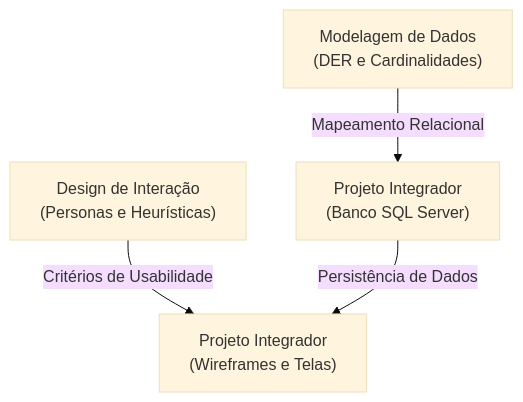
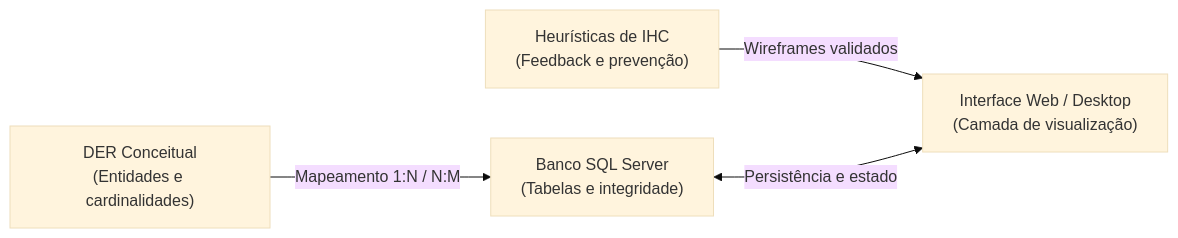
The third of 3 diagrams in 00. Geral/Mapa de aprendizagem do semestre.md (leorruas/puc), drawn with Mermaid (base theme) before and after one commit. The commit also changed other lines of this file and 6 other files, not shown here.

Commit message:
refactor: reformular estrategia visual de diagramas Mermaid e adicionar explorador interativo no app

````diff
--- a/00. Geral/Mapa de aprendizagem do semestre.md
+++ b/00. Geral/Mapa de aprendizagem do semestre.md
@@ -76,6 +121,6 @@
 ```mermaid
-flowchart TD
-    MER["Modelagem de Dados<br>(DER e Cardinalidades)"] -->|"Mapeamento Relacional"| BDProj["Projeto Integrador<br>(Banco SQL Server)"]
-    IHC["Design de Interação<br>(Personas e Heurísticas)"] -->|"Critérios de Usabilidade"| UIProj["Projeto Integrador<br>(Wireframes e Telas)"]
-    BDProj -->|"Persistência de Dados"| UIProj
+flowchart LR
+    DerFoco["DER Conceitual<br>(Entidades e cardinalidades)"]:::data -->|"Mapeamento 1:N / N:M"| SqlFoco["Banco SQL Server<br>(Tabelas e integridade)"]:::data
+    IhcFoco["Heurísticas de IHC<br>(Feedback e prevenção)"]:::component -->|"Wireframes validados"| TelasFoco["Interface Web / Desktop<br>(Camada de visualização)"]:::component
+    SqlFoco <-->|"Persistência e estado"| TelasFoco
 ```
````
